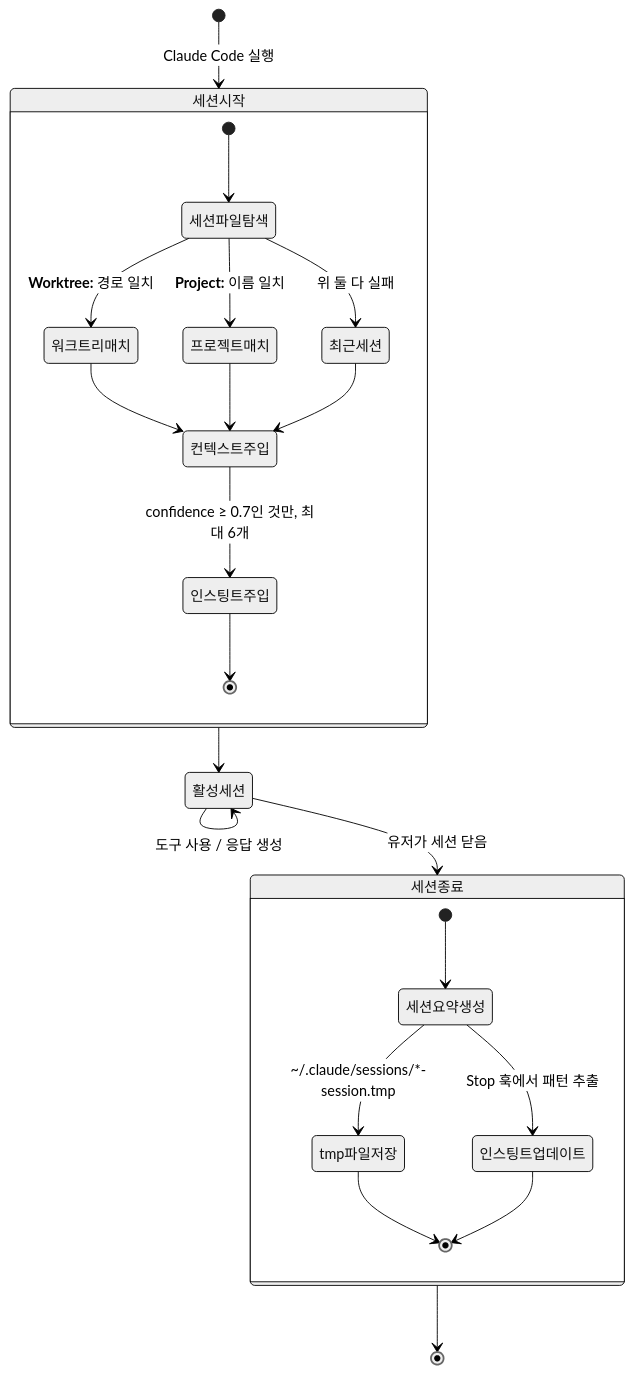
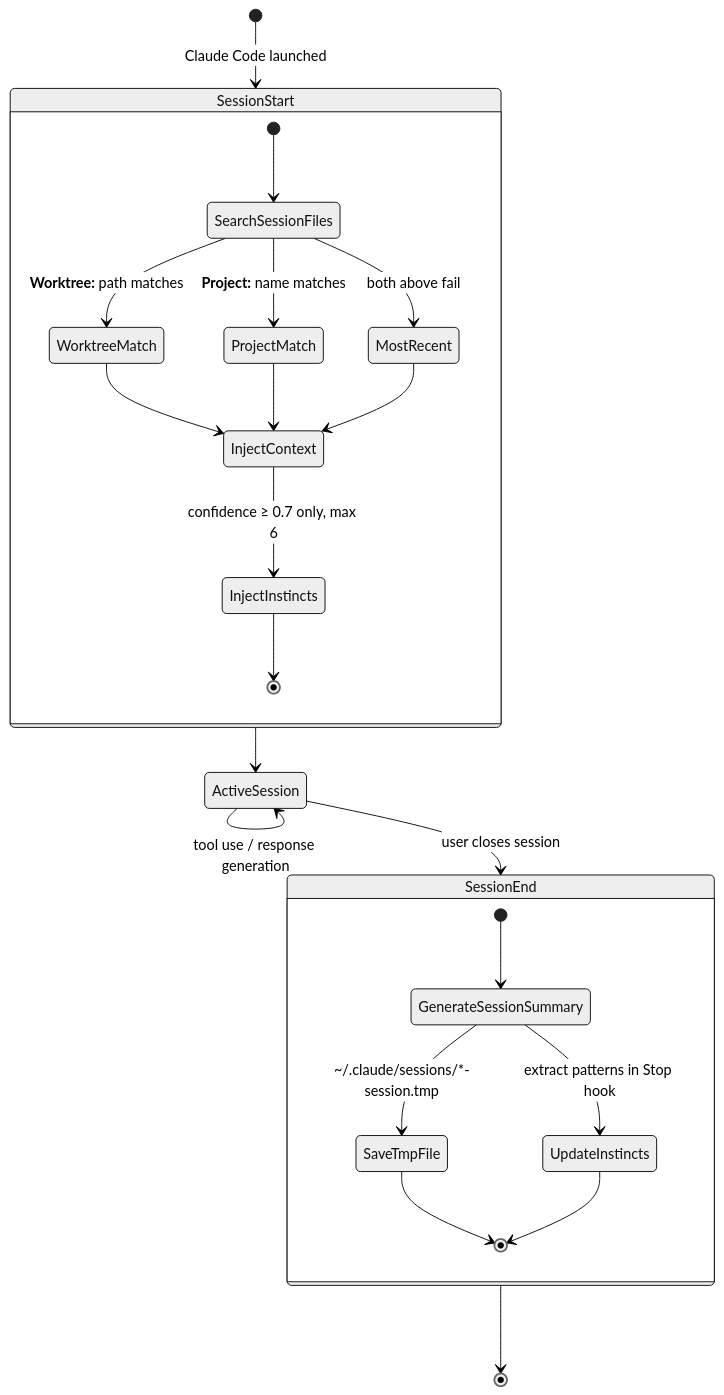
One commit to wonjinsin/harness-flow changed the diagram in design/reference/everything-claude-code.md. Above: the diagram before and after it, drawn with Mermaid (neutral theme). The commit also changed other lines of this file and 28 other files, not shown here.

First line of the commit message:
feat: scaffold harness-flow Claude Code plugin and rename skill suite

````diff
--- a/design/reference/everything-claude-code.md
+++ b/design/reference/everything-claude-code.md
@@ -189,30 +190,30 @@
 ```mermaid
 stateDiagram-v2
-    [*] --> 세션시작: Claude Code 실행
+    [*] --> SessionStart: Claude Code launched
 
-    state 세션시작 {
-        [*] --> 세션파일탐색
-        세션파일탐색 --> 워크트리매치: **Worktree:** 경로 일치
-        세션파일탐색 --> 프로젝트매치: **Project:** 이름 일치
-        세션파일탐색 --> 최근세션: 위 둘 다 실패
-        워크트리매치 --> 컨텍스트주입
-        프로젝트매치 --> 컨텍스트주입
-        최근세션 --> 컨텍스트주입
-        컨텍스트주입 --> 인스팅트주입: confidence ≥ 0.7인 것만, 최대 6개
-        인스팅트주입 --> [*]
+    state SessionStart {
+        [*] --> SearchSessionFiles
+        SearchSessionFiles --> WorktreeMatch: **Worktree:** path matches
+        SearchSessionFiles --> ProjectMatch: **Project:** name matches
+        SearchSessionFiles --> MostRecent: both above fail
+        WorktreeMatch --> InjectContext
+        ProjectMatch --> InjectContext
+        MostRecent --> InjectContext
+        InjectContext --> InjectInstincts: confidence ≥ 0.7 only, max 6
+        InjectInstincts --> [*]
     }
 
-    세션시작 --> 활성세션
-    활성세션 --> 활성세션: 도구 사용 / 응답 생성
-    활성세션 --> 세션종료: 유저가 세션 닫음
+    SessionStart --> ActiveSession
+    ActiveSession --> ActiveSession: tool use / response generation
+    ActiveSession --> SessionEnd: user closes session
 
-    state 세션종료 {
-        [*] --> 세션요약생성
-        세션요약생성 --> tmp파일저장: ~/.claude/sessions/*-session.tmp
-        세션요약생성 --> 인스팅트업데이트: Stop 훅에서 패턴 추출
-        tmp파일저장 --> [*]
-        인스팅트업데이트 --> [*]
+    state SessionEnd {
+        [*] --> GenerateSessionSummary
+        GenerateSessionSummary --> SaveTmpFile: ~/.claude/sessions/*-session.tmp
+        GenerateSessionSummary --> UpdateInstincts: extract patterns in Stop hook
+        SaveTmpFile --> [*]
+        UpdateInstincts --> [*]
     }
 
-    세션종료 --> [*]
+    SessionEnd --> [*]
 ```
````
